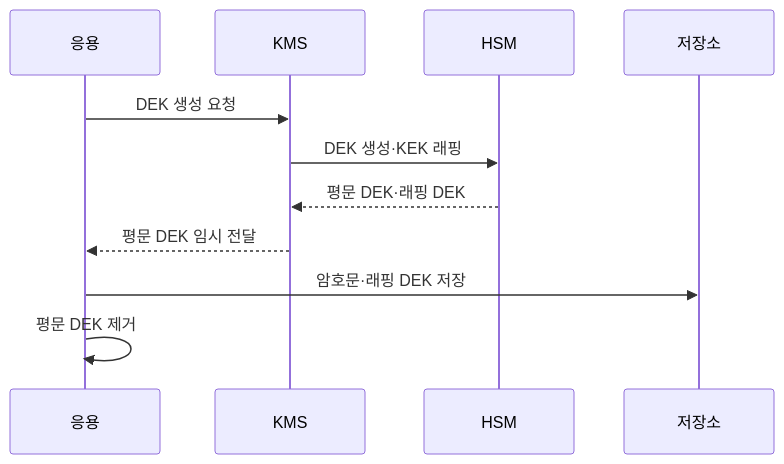
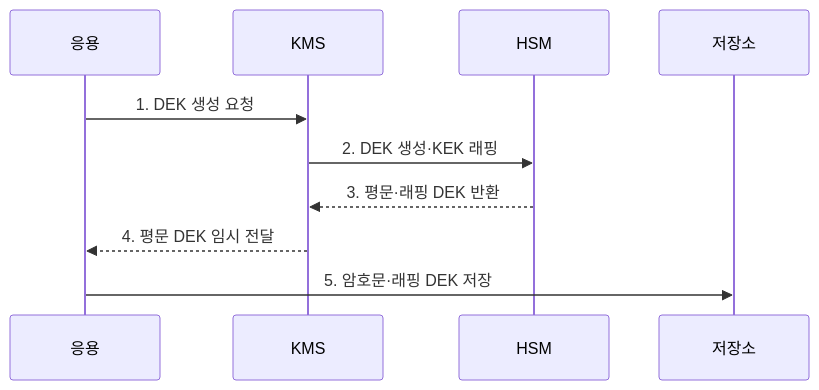
The second of 2 diagrams in src/content/docs/notes/05-security/020_key_management_hsm_kms.md (agnusdei1207/knowledge-base), drawn with Mermaid before and after one commit. The commit also changed other lines of this file and 22 other files, not shown here.

````diff
--- a/src/content/docs/notes/05-security/020_key_management_hsm_kms.md
+++ b/src/content/docs/notes/05-security/020_key_management_hsm_kms.md
@@ -94,13 +87,12 @@
 ```mermaid
 sequenceDiagram
     participant A as 응용
     participant K as KMS
     participant H as HSM
     participant S as 저장소
-    A->>K: DEK 생성 요청
-    K->>H: DEK 생성·KEK 래핑
-    H-->>K: 평문 DEK·래핑 DEK
-    K-->>A: 평문 DEK 임시 전달
-    A->>S: 암호문·래핑 DEK 저장
-    A->>A: 평문 DEK 제거
+    A->>K: 1. DEK 생성 요청
+    K->>H: 2. DEK 생성·KEK 래핑
+    H-->>K: 3. 평문·래핑 DEK 반환
+    K-->>A: 4. 평문 DEK 임시 전달
+    A->>S: 5. 암호문·래핑 DEK 저장
 ```
````
